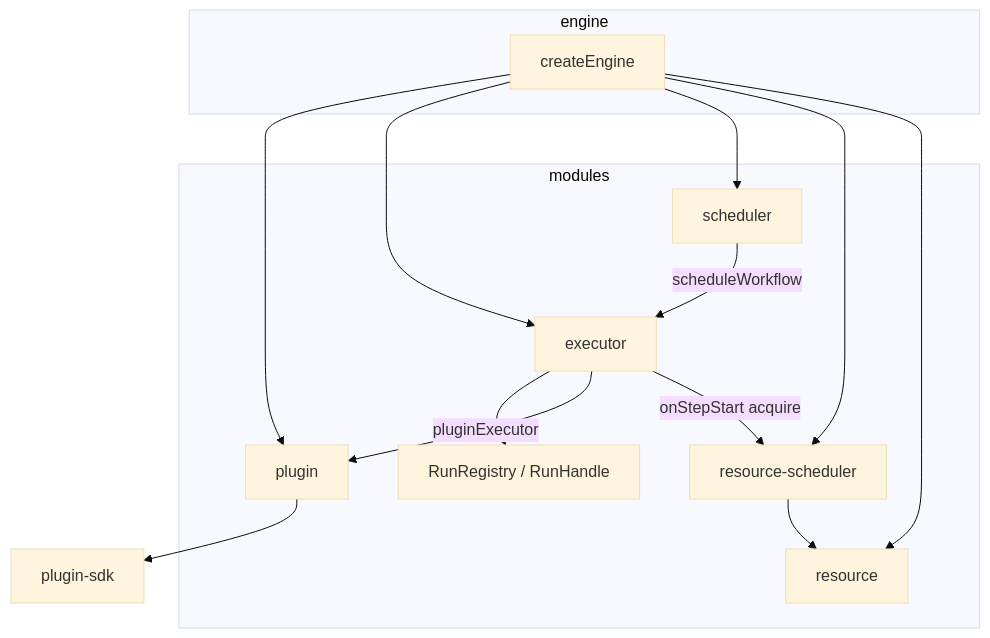
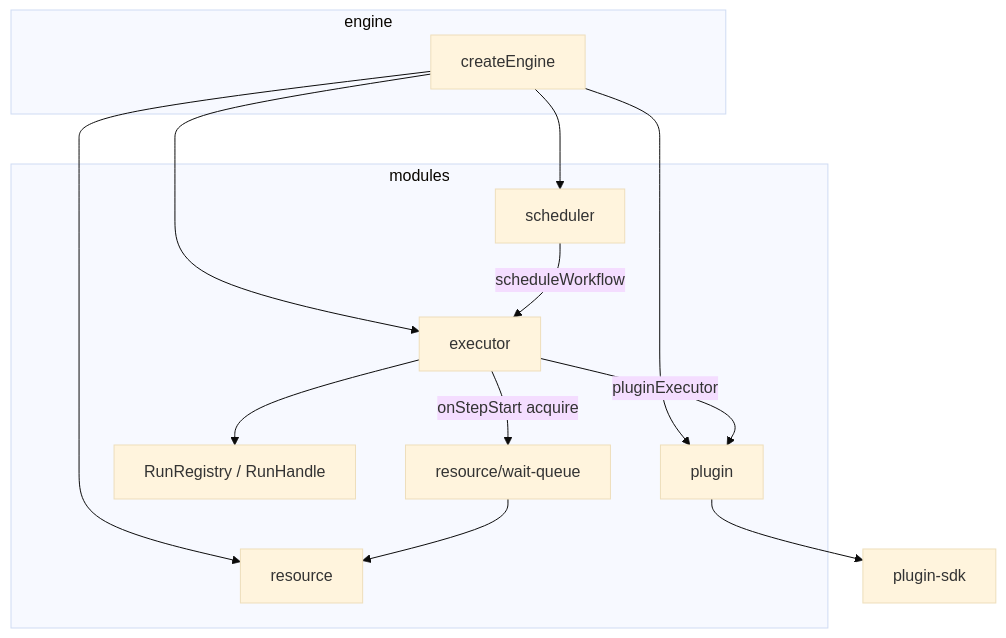
The diagram in packages/core-engine/README.md (xumpxxhh/monai-devops), drawn with Mermaid (base theme) before and after one commit. The commit also changed other lines of this file and 3 other files, not shown here.

First line of the commit message:
docs: 同步 resource-scheduler → resource/wait-queue 重命名

````diff
--- a/packages/core-engine/README.md
+++ b/packages/core-engine/README.md
@@ -15,26 +15,25 @@
 ```mermaid
 flowchart TB
   subgraph entry [engine]
     CE[createEngine]
   end
   subgraph modules [modules]
     PM[plugin]
     EX[executor]
     RR[RunRegistry / RunHandle]
     SCH[scheduler]
-    RS[resource-scheduler]
     RES[resource]
+    WQ[resource/wait-queue]
   end
   SDK[plugin-sdk]
   CE --> PM
   CE --> EX
   CE --> SCH
-  CE --> RS
   CE --> RES
   EX --> RR
   PM --> SDK
   EX -->|"pluginExecutor"| PM
-  EX -->|"onStepStart acquire"| RS
-  RS --> RES
+  EX -->|"onStepStart acquire"| WQ
+  WQ --> RES
   SCH -->|"scheduleWorkflow"| EX
 ```
````
